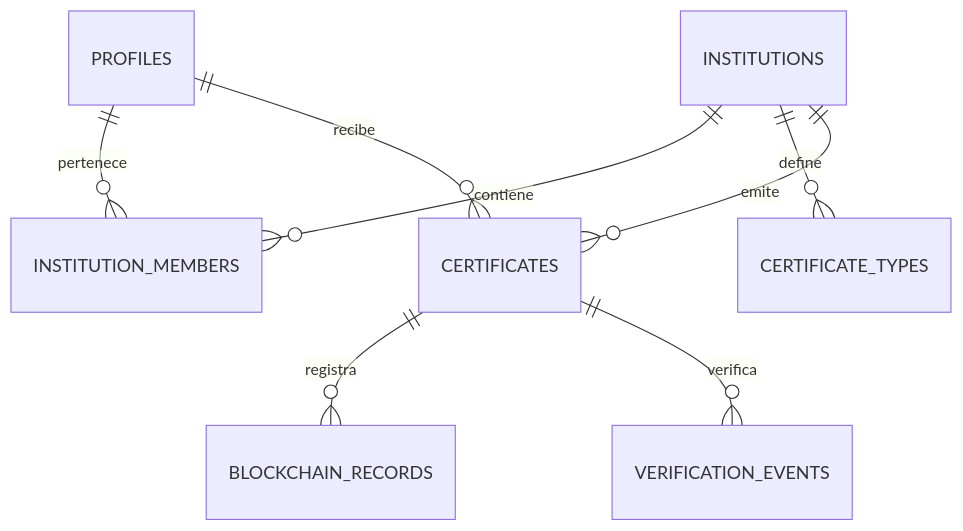
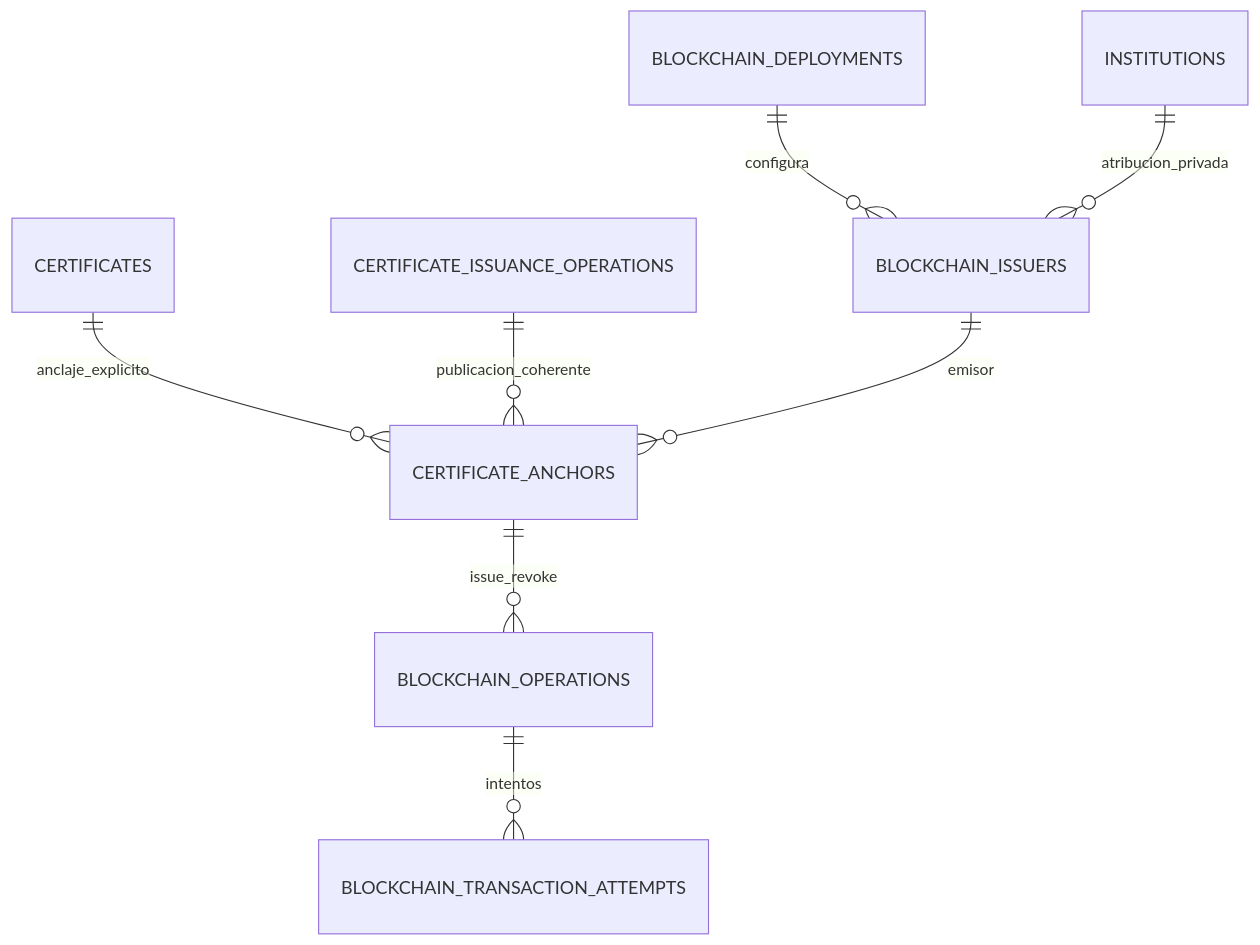
The diagram in docs/DATABASE.md (benjvm/certichain), drawn with Mermaid before and after one commit. The commit also changed other lines of this file and 17 other files, not shown here.

First line of the commit message:
docs: Update documentation for blockchain integration and public verification

````diff
--- a/docs/DATABASE.md
+++ b/docs/DATABASE.md
@@ -196,10 +142,10 @@
 ```mermaid
 erDiagram
-    PROFILES ||--o{ INSTITUTION_MEMBERS : pertenece
-    INSTITUTIONS ||--o{ INSTITUTION_MEMBERS : contiene
-    INSTITUTIONS ||--o{ CERTIFICATE_TYPES : define
-    INSTITUTIONS ||--o{ CERTIFICATES : emite
-    PROFILES ||--o{ CERTIFICATES : recibe
-    CERTIFICATES ||--o{ BLOCKCHAIN_RECORDS : registra
-    CERTIFICATES ||--o{ VERIFICATION_EVENTS : verifica
+    CERTIFICATES ||--o{ CERTIFICATE_ANCHORS : anclaje_explicito
+    CERTIFICATE_ISSUANCE_OPERATIONS ||--o{ CERTIFICATE_ANCHORS : publicacion_coherente
+    BLOCKCHAIN_DEPLOYMENTS ||--o{ BLOCKCHAIN_ISSUERS : configura
+    INSTITUTIONS ||--o{ BLOCKCHAIN_ISSUERS : atribucion_privada
+    BLOCKCHAIN_ISSUERS ||--o{ CERTIFICATE_ANCHORS : emisor
+    CERTIFICATE_ANCHORS ||--o{ BLOCKCHAIN_OPERATIONS : issue_revoke
+    BLOCKCHAIN_OPERATIONS ||--o{ BLOCKCHAIN_TRANSACTION_ATTEMPTS : intentos
 ```
````
